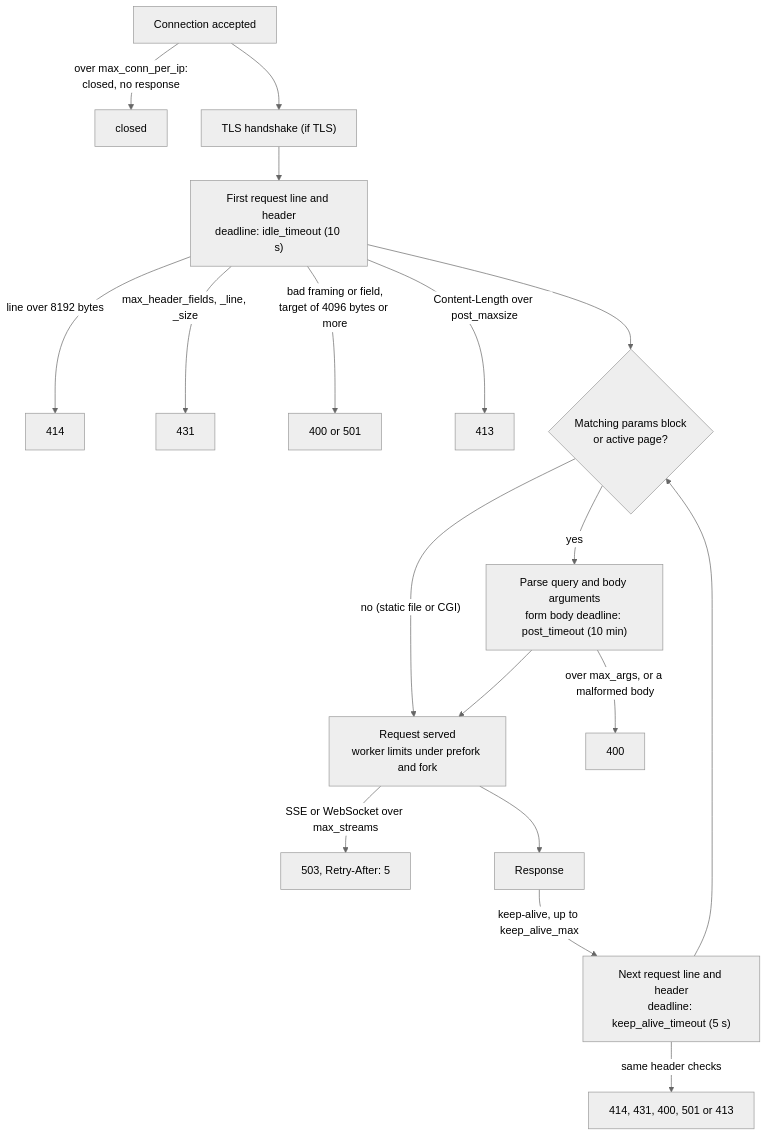
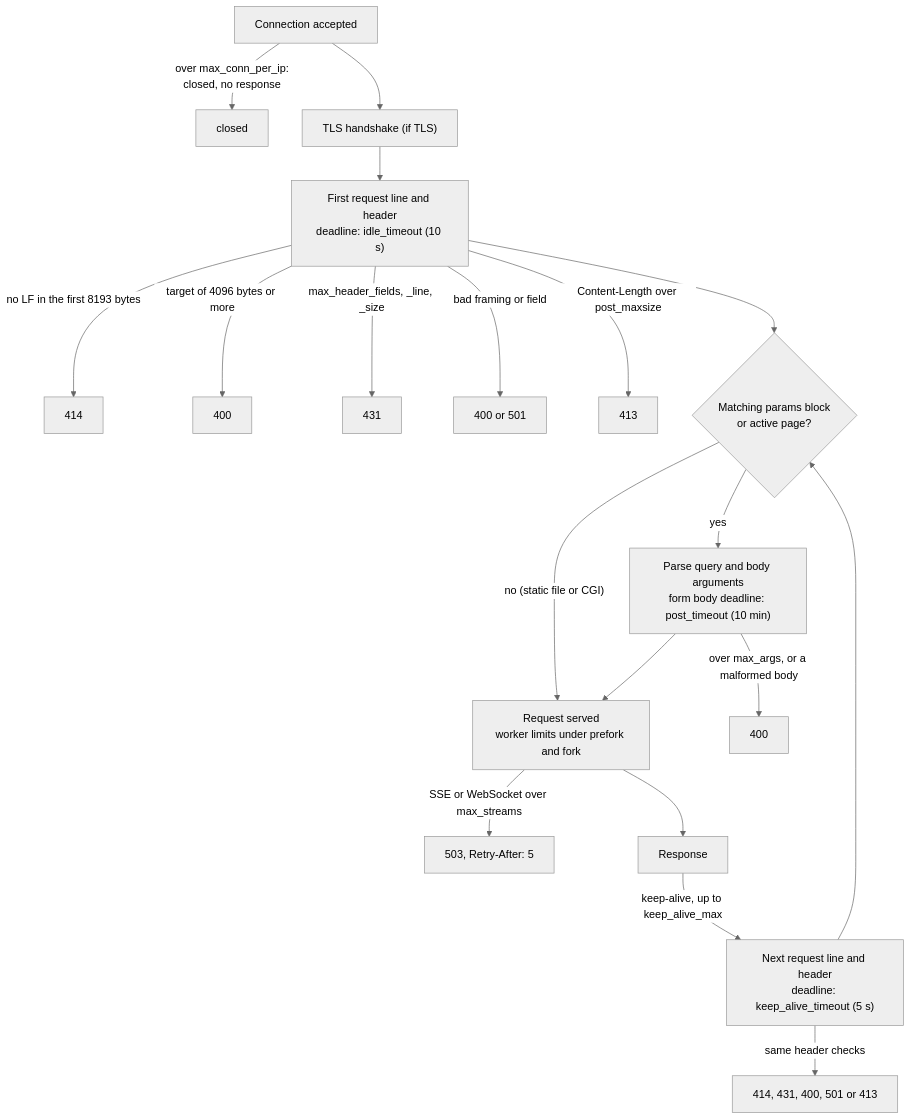
One commit to DanielTillett/klin changed the diagram in doc/LIMITS.md. Above: the diagram before and after it, drawn with Mermaid (neutral theme). The commit also changed other lines of this file and 20 other files, not shown here.

````diff
--- a/doc/LIMITS.md
+++ b/doc/LIMITS.md
@@ -22,20 +22,21 @@
 ```mermaid
 flowchart TD
     A["Connection accepted"] -->|"over max_conn_per_ip:<br/>closed, no response"| X1["closed"]
     A --> B["TLS handshake (if TLS)"]
     B --> C["First request line and header<br/>deadline: idle_timeout (10 s)"]
-    C -->|"line over 8192 bytes"| R414["414"]
+    C -->|"no LF in the first 8193 bytes"| R414["414"]
+    C -->|"target of 4096 bytes or more"| R400t["400"]
     C -->|"max_header_fields, _line, _size"| R431["431"]
-    C -->|"bad framing or field,<br/>target of 4096 bytes or more"| R400["400 or 501"]
+    C -->|"bad framing or field"| R400["400 or 501"]
     C -->|"Content-Length over post_maxsize"| R413["413"]
     C --> S{"Matching params block<br/>or active page?"}
     S -- "no (static file or CGI)" --> E
     S -- yes --> D["Parse query and body arguments<br/>form body deadline: post_timeout (10 min)"]
     D -->|"over max_args, or a malformed body"| R400b["400"]
     D --> E["Request served<br/>worker limits under prefork and fork"]
     E -->|"SSE or WebSocket over max_streams"| R503["503, Retry-After: 5"]
     E --> F["Response"]
     F -->|"keep-alive, up to keep_alive_max"| K["Next request line and header<br/>deadline: keep_alive_timeout (5 s)"]
     K -->|"same header checks"| R2["414, 431, 400, 501 or 413"]
     K --> S
 ```
````
